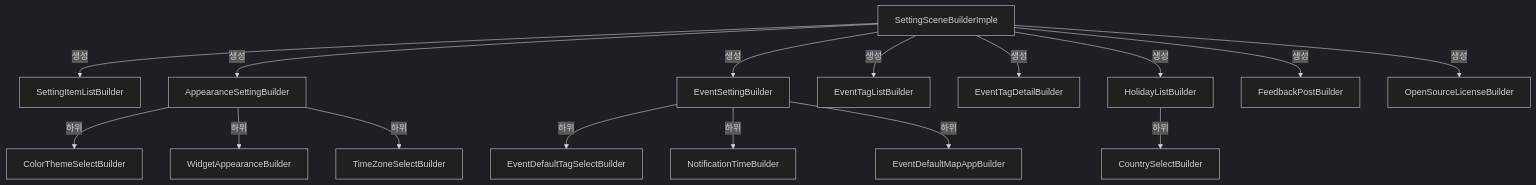
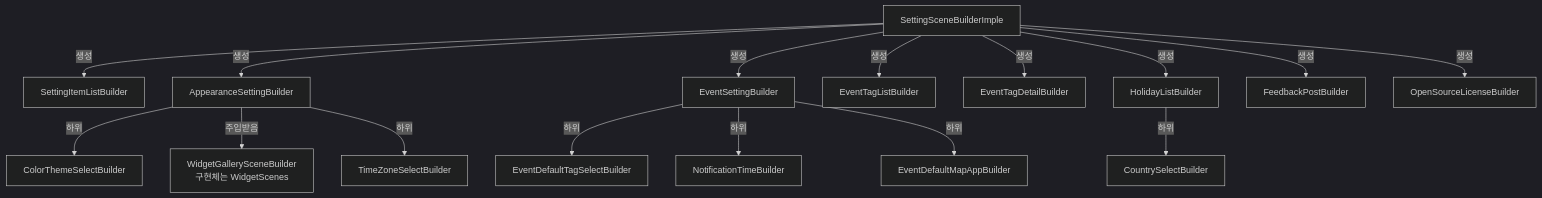
The fifth of 5 diagrams in Presentations/SettingScene/CLAUDE.md (sudopark/TodoCalendar), drawn with Mermaid (dark theme) before and after one commit. The commit also changed other lines of this file and 19 other files, not shown here.

````diff
--- a/Presentations/SettingScene/CLAUDE.md
+++ b/Presentations/SettingScene/CLAUDE.md
@@ -133,21 +133,21 @@
 ```mermaid
 graph TD
     SSB[SettingSceneBuilderImple] -->|생성| SIL[SettingItemListBuilder]
     SSB -->|생성| ASB[AppearanceSettingBuilder]
     SSB -->|생성| ESB[EventSettingBuilder]
     SSB -->|생성| ETLB[EventTagListBuilder]
     SSB -->|생성| ETDB[EventTagDetailBuilder]
     SSB -->|생성| HLB[HolidayListBuilder]
     SSB -->|생성| FPB[FeedbackPostBuilder]
     SSB -->|생성| OSLB[OpenSourceLicenseBuilder]
 
     ASB -->|하위| CTB[ColorThemeSelectBuilder]
-    ASB -->|하위| WAB[WidgetAppearanceBuilder]
+    ASB -->|주입받음| WGB[WidgetGallerySceneBuilder<br/>구현체는 WidgetScenes]
     ASB -->|하위| TZB[TimeZoneSelectBuilder]
 
     ESB -->|하위| ETSB[EventDefaultTagSelectBuilder]
     ESB -->|하위| ENTB[NotificationTimeBuilder]
     ESB -->|하위| EMAB[EventDefaultMapAppBuilder]
 
     HLB -->|하위| CSB[CountrySelectBuilder]
 ```
````
